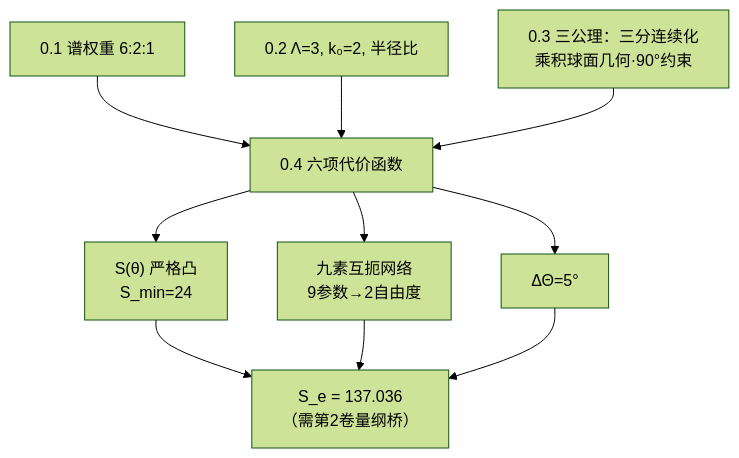
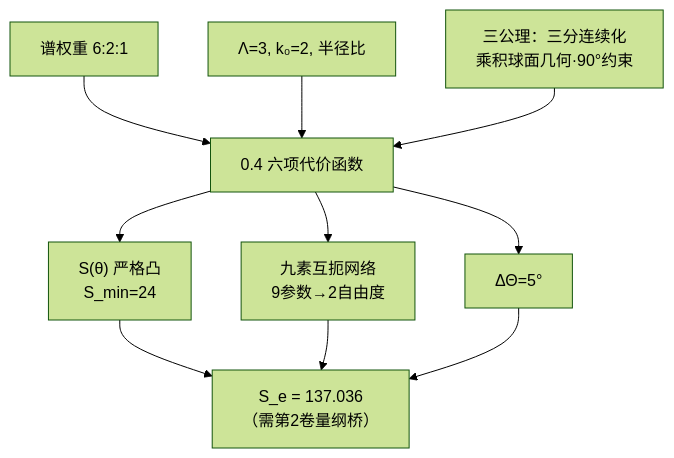
One commit to sdoygb/geometry-ai-server changed the diagram in app/articles/GT-Vault/Vol-0_从零开始/0.4_六项代价函数与九素互扼.md. Above: the diagram before and after it, drawn with Mermaid (forest theme). The commit also changed other lines of this file, not shown here.

````diff
--- a/app/articles/GT-Vault/Vol-0_从零开始/0.4_六项代价函数与九素互扼.md
+++ b/app/articles/GT-Vault/Vol-0_从零开始/0.4_六项代价函数与九素互扼.md
@@ -776,12 +736,12 @@
 ```mermaid
 flowchart TD
-    A["0.1 谱权重 6:2:1"] --> D["0.4 六项代价函数"]
-    B["0.2 Λ=3, k₀=2, 半径比"] --> D
-    C["0.3 三公理：三分连续化<br>乘积球面几何·90°约束"] --> D
+    A["谱权重 6:2:1"] --> D["0.4 六项代价函数"]
+    B["Λ=3, k₀=2, 半径比"] --> D
+    C["三公理：三分连续化<br>乘积球面几何·90°约束"] --> D
     D --> E["S(θ) 严格凸<br>S_min=24"]
     D --> F["九素互扼网络<br>9参数→2自由度"]
     D --> G["ΔΘ=5°"]
     E --> H["S_e = 137.036<br>（需第2卷量纲桥）"]
     F --> H
     G --> H
 ```
````
